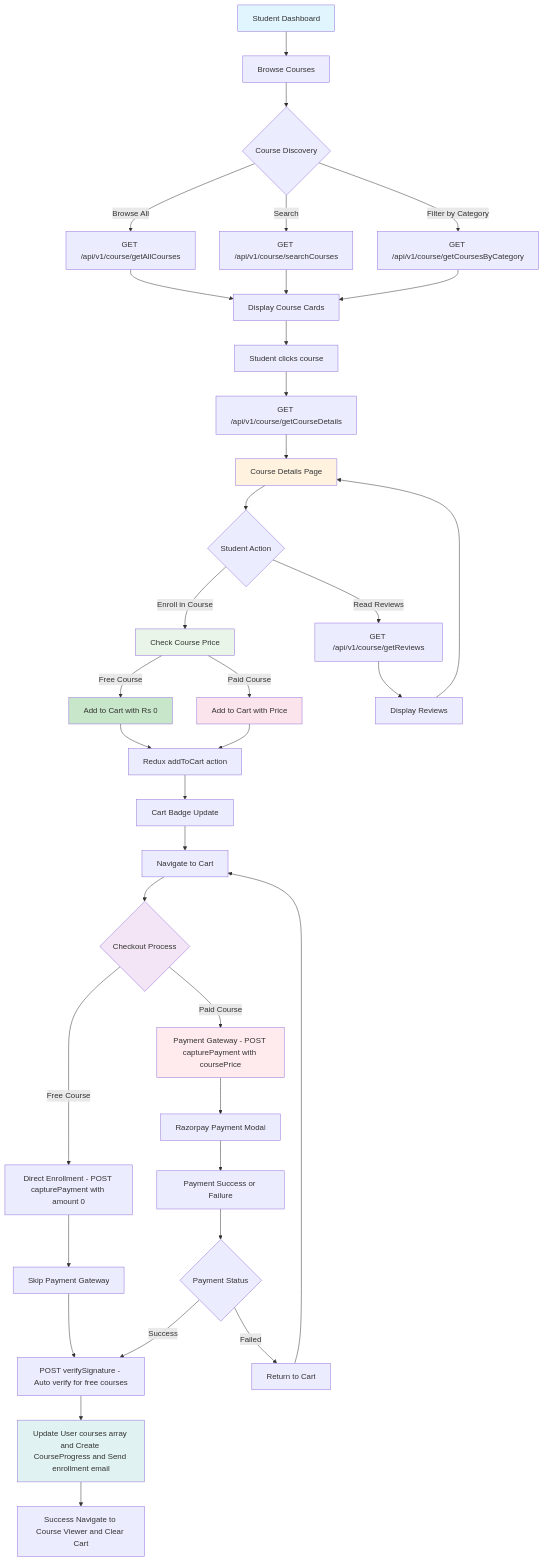
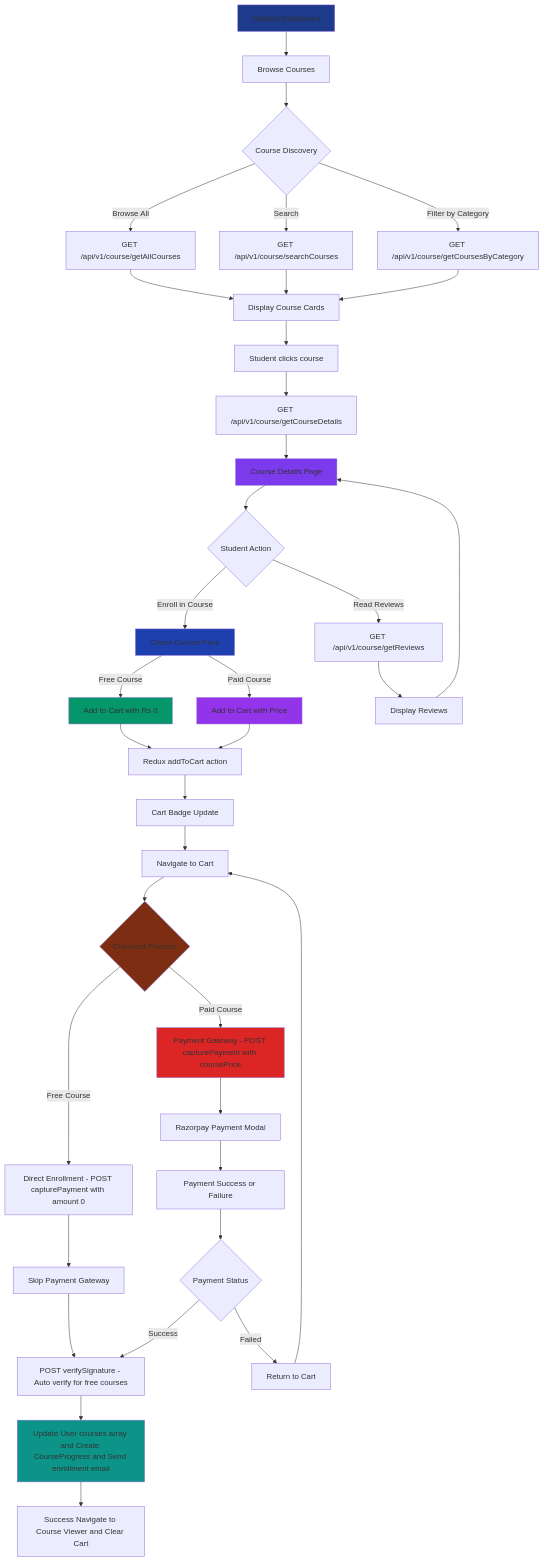
The eighth of 15 diagrams in FLOW diagrams.md (vedantsrivastavaCN/SkillVerse), drawn with Mermaid before and after one commit. The commit also changed other lines of this file, not shown here.

Commit message:
flow diagrams color scheme changed

````diff
--- a/FLOW diagrams.md
+++ b/FLOW diagrams.md
@@ -456,61 +456,61 @@
 ```mermaid
 flowchart TD
     A[Student Dashboard] --> B[Browse Courses]
     B --> C{Course Discovery}
     
     C -->|Browse All| D[GET /api/v1/course/getAllCourses]
     C -->|Search| E[GET /api/v1/course/searchCourses]
     C -->|Filter by Category| F[GET /api/v1/course/getCoursesByCategory]
     
     D --> G[Display Course Cards]
     E --> G
     F --> G
     
     G --> H[Student clicks course]
     H --> I[GET /api/v1/course/getCourseDetails]
     I --> J[Course Details Page]
     
     J --> K{Student Action}
     
     K -->|Enroll in Course| L[Check Course Price]
     K -->|Read Reviews| N[GET /api/v1/course/getReviews]
     
     L -->|Free Course| M[Add to Cart with Rs 0]
     L -->|Paid Course| O[Add to Cart with Price]
     N --> Q[Display Reviews]
     
     M --> P[Redux addToCart action]
     O --> P
     P --> R[Cart Badge Update]
     Q --> J
     
     R --> S[Navigate to Cart]
     S --> T{Checkout Process}
     
     T -->|Free Course| U[Direct Enrollment - POST capturePayment with amount 0]
     T -->|Paid Course| V[Payment Gateway - POST capturePayment with coursePrice]
     
     U --> W[Skip Payment Gateway]
     V --> X[Razorpay Payment Modal]
     
     W --> Y[POST verifySignature - Auto verify for free courses]
     X --> Z[Payment Success or Failure]
     Z --> AA{Payment Status}
     
     AA -->|Success| Y
     AA -->|Failed| BB[Return to Cart]
     
     Y --> CC[Update User courses array and Create CourseProgress and Send enrollment email]
     BB --> S
     
     CC --> DD[Success Navigate to Course Viewer and Clear Cart]
     
-    style A fill:#e1f5fe
-    style J fill:#fff3e0
-    style L fill:#e8f5e8
-    style M fill:#c8e6c9
-    style O fill:#fce4ec
-    style T fill:#f3e5f5
-    style V fill:#ffebee
-    style CC fill:#e0f2f1
+    style A fill:#1e3a8a
+    style J fill:#7c3aed
+    style L fill:#1e40af
+    style M fill:#059669
+    style O fill:#9333ea
+    style T fill:#7c2d12
+    style V fill:#dc2626
+    style CC fill:#0d9488
 ```
````
